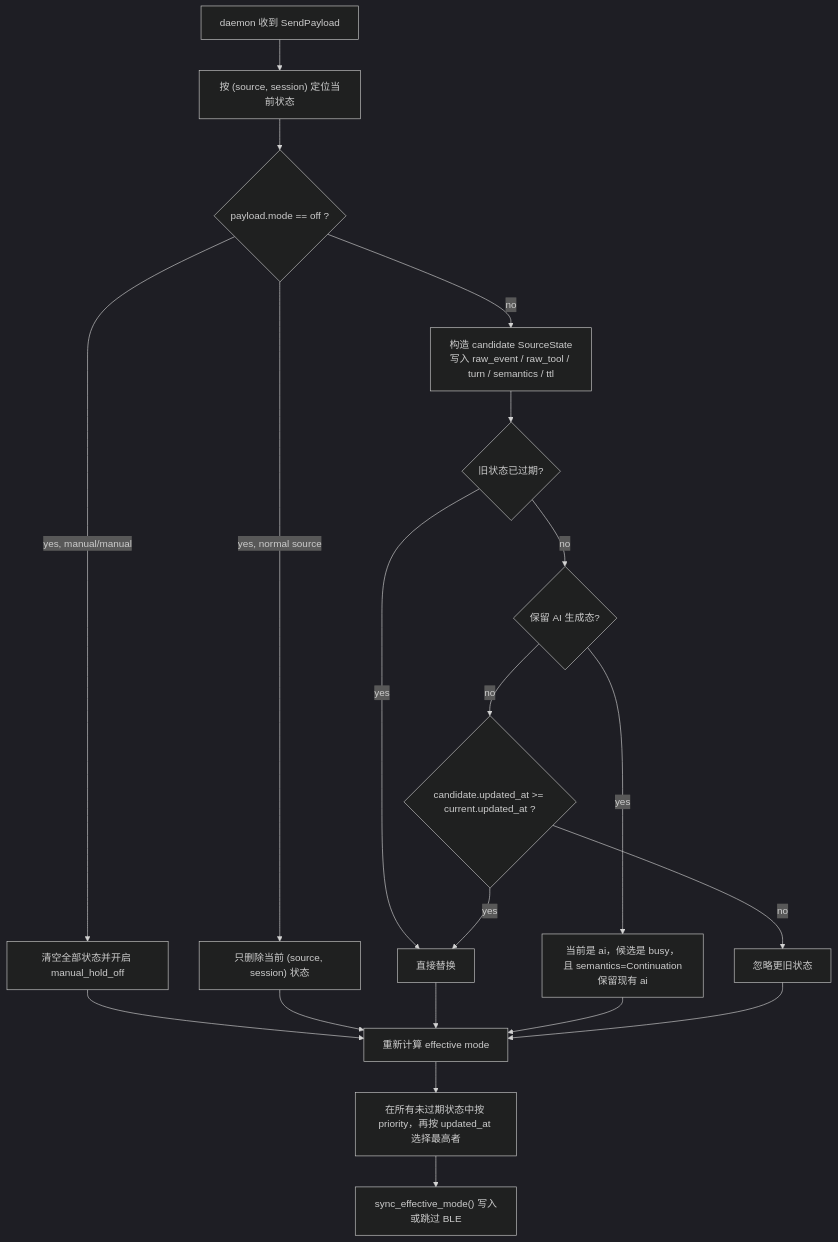
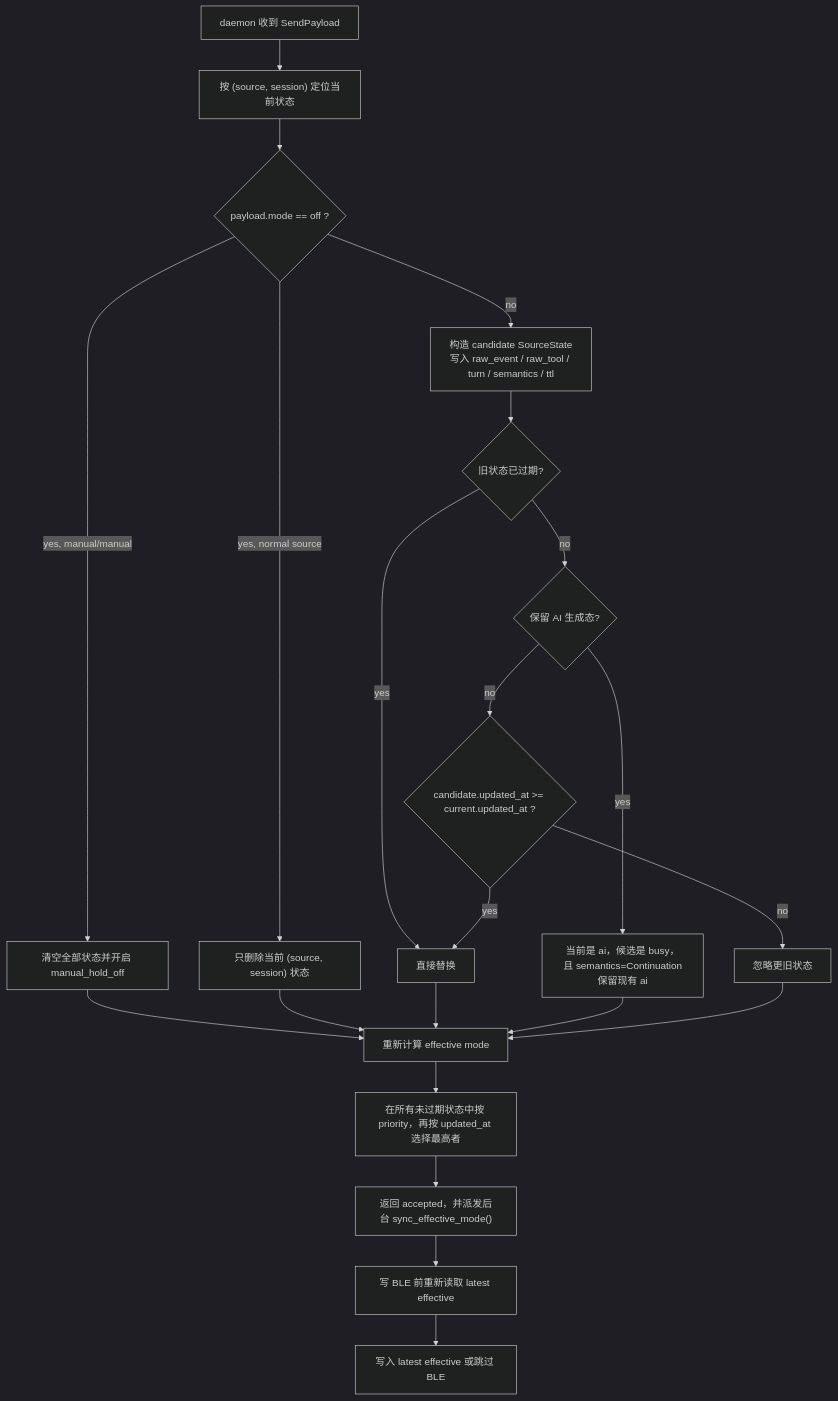
Before and after one commit to wangbosire/esp_agent_status_light: the fifth of 11 diagrams in docs/ARCHITECTURE.md, drawn with Mermaid (dark theme). The commit also changed other lines of this file and 7 other files, not shown here.

First line of the commit message:
refactor: tokenized file locks, pre-write mode refresh, and resilient log tail

````diff
--- a/docs/ARCHITECTURE.md
+++ b/docs/ARCHITECTURE.md
@@ -219,26 +235,28 @@
 ```mermaid
 flowchart TD
     Start["daemon 收到 SendPayload"] --> Key["按 (source, session) 定位当前状态"]
     Key --> Off{"payload.mode == off ?"}
     Off -- yes, manual/manual --> ClearAll["清空全部状态并开启 manual_hold_off"]
     Off -- yes, normal source --> RemoveOne["只删除当前 (source, session) 状态"]
     Off -- no --> Candidate["构造 candidate SourceState<br/>写入 raw_event / raw_tool / turn / semantics / ttl"]
 
     Candidate --> Expired{"旧状态已过期?"}
     Expired -- yes --> Replace["直接替换"]
     Expired -- no --> Preserve{"保留 AI 生成态?"}
 
     Preserve -- yes --> Keep["当前是 ai，候选是 busy，且 semantics=Continuation<br/>保留现有 ai"]
     Preserve -- no --> Latest{"candidate.updated_at >= current.updated_at ?"}
     Latest -- yes --> Replace
     Latest -- no --> Ignore["忽略更旧状态"]
 
     ClearAll --> Effective["重新计算 effective mode"]
     RemoveOne --> Effective
     Replace --> Effective
     Keep --> Effective
     Ignore --> Effective
 
     Effective --> Pick["在所有未过期状态中按 priority，再按 updated_at 选择最高者"]
-    Pick --> Sync["sync_effective_mode() 写入或跳过 BLE"]
+    Pick --> Queue["返回 accepted，并派发后台 sync_effective_mode()"]
+    Queue --> Refresh["写 BLE 前重新读取 latest effective"]
+    Refresh --> Sync["写入 latest effective 或跳过 BLE"]
 ```
````
